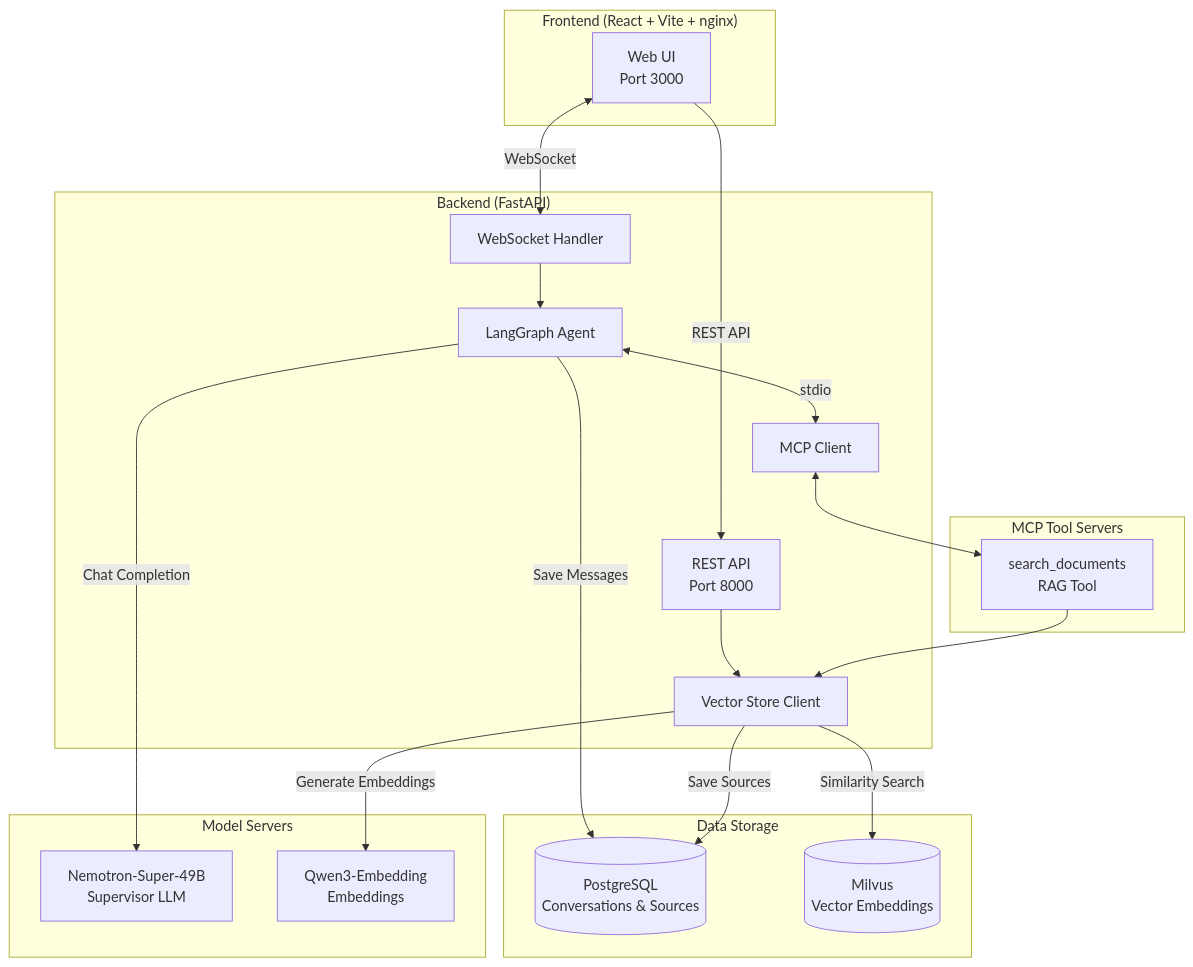
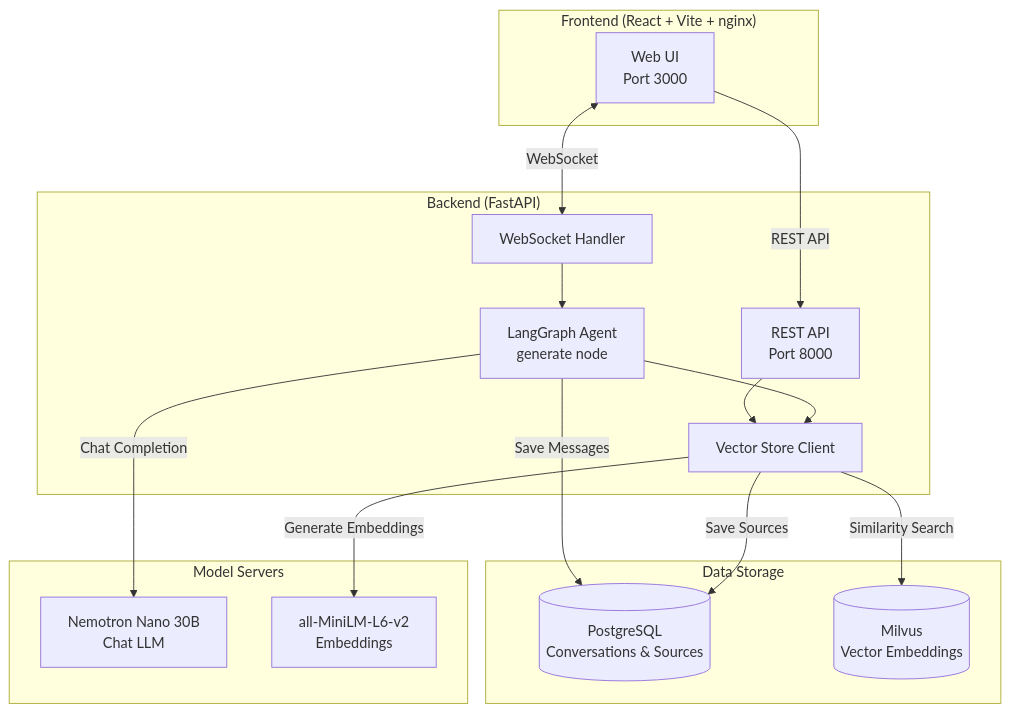
Before and after one commit to devgig/rag-agent-chatbot: the first of 3 diagrams in README.md, drawn with Mermaid. The commit also changed other lines of this file and 14 other files, not shown here.

First line of the commit message:
Replace MCP subprocess with direct RAG pipeline (~23s → ~3s)

````diff
--- a/README.md
+++ b/README.md
@@ -31,45 +31,37 @@
 ```mermaid
 flowchart TB
     subgraph Frontend["Frontend (React + Vite + nginx)"]
         UI[Web UI<br/>Port 3000]
     end
 
     subgraph Backend["Backend (FastAPI)"]
         API[REST API<br/>Port 8000]
         WSHandler[WebSocket Handler]
-        Agent[LangGraph Agent]
+        Agent[LangGraph Agent<br/>generate node]
         VectorStore[Vector Store Client]
-        MCPClient[MCP Client]
-    end
-
-    subgraph MCPServers["MCP Tool Servers"]
-        RAG[search_documents<br/>RAG Tool]
     end
 
     subgraph Storage["Data Storage"]
         Postgres[(PostgreSQL<br/>Conversations & Sources)]
         Milvus[(Milvus<br/>Vector Embeddings)]
     end
 
     subgraph Models["Model Servers"]
-        LLM[Nemotron-Super-49B<br/>Supervisor LLM]
-        Embed[Qwen3-Embedding<br/>Embeddings]
+        LLM[Nemotron Nano 30B<br/>Chat LLM]
+        Embed[all-MiniLM-L6-v2<br/>Embeddings]
     end
 
     UI -->|REST API| API
     UI <-->|WebSocket| WSHandler
 
     WSHandler --> Agent
     API --> VectorStore
 
-    Agent <-->|stdio| MCPClient
-    MCPClient <--> RAG
-
+    Agent --> VectorStore
     Agent -->|Chat Completion| LLM
-    RAG --> VectorStore
     VectorStore -->|Similarity Search| Milvus
     VectorStore -->|Generate Embeddings| Embed
 
     Agent -->|Save Messages| Postgres
     VectorStore -->|Save Sources| Postgres
 ```
````
